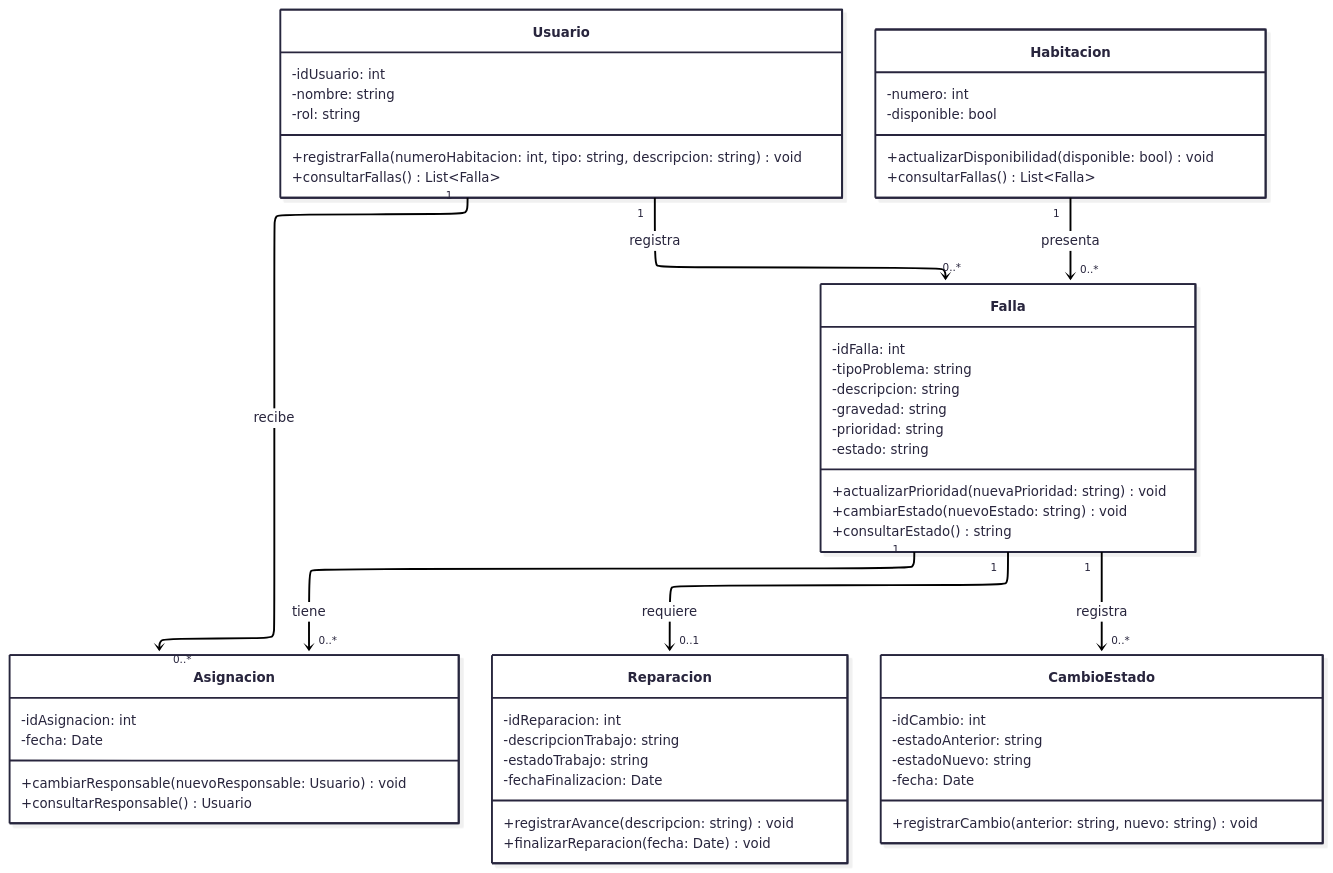
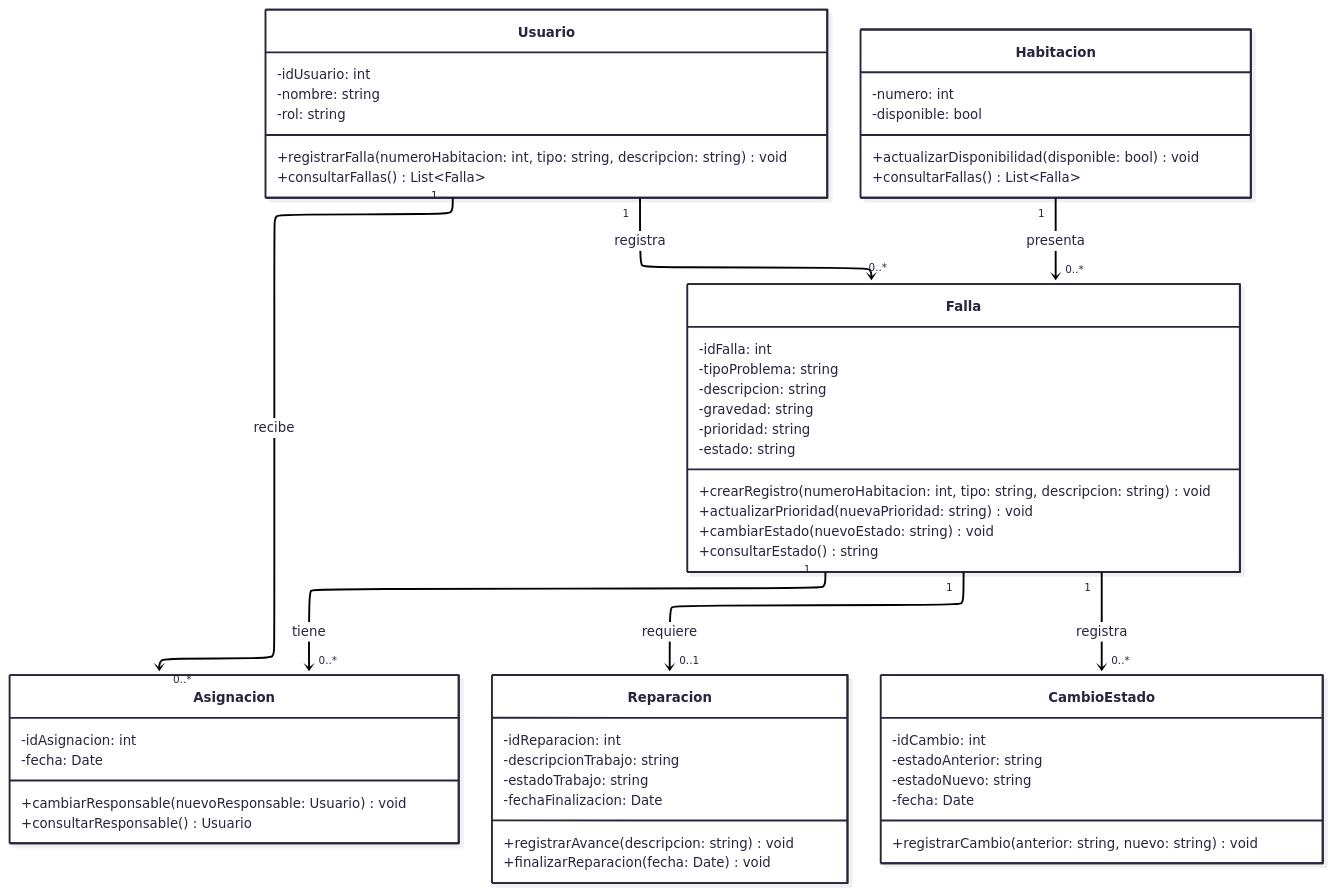
Before and after one commit to sebmayorga/Ingenier-a-de-Software: the diagram in doc/arch/Diagrama de Clases.mmd, drawn with Mermaid.

Commit message:
Alinear operación de creación de Falla con secuencia

```diff
--- a/doc/arch/Diagrama de Clases.mmd
+++ b/doc/arch/Diagrama de Clases.mmd
@@ -1,67 +1,68 @@
 ---
 config:
   theme: redux-color
   layout: elk
   class:
     hideEmptyMembersBox: true
   look: neo
 ---
 classDiagram
 direction TB
     class Usuario {
 	    -idUsuario: int
 	    -nombre: string
 	    -rol: string
 	    +registrarFalla(numeroHabitacion: int, tipo: string, descripcion: string) void
 	    +consultarFallas() List~Falla~
     }
 
     class Habitacion {
 	    -numero: int
 	    -disponible: bool
 	    +actualizarDisponibilidad(disponible: bool) void
 	    +consultarFallas() List~Falla~
     }
 
     class Falla {
+        +crearRegistro(numeroHabitacion: int, tipo: string, descripcion: string) void
 	    -idFalla: int
 	    -tipoProblema: string
 	    -descripcion: string
 	    -gravedad: string
 	    -prioridad: string
 	    -estado: string
 	    +actualizarPrioridad(nuevaPrioridad: string) void
 	    +cambiarEstado(nuevoEstado: string) void
 	    +consultarEstado() string
     }
 
     class Asignacion {
 	    -idAsignacion: int
 	    -fecha: Date
 	    +cambiarResponsable(nuevoResponsable: Usuario) void
 	    +consultarResponsable() Usuario
     }
 
     class Reparacion {
 	    -idReparacion: int
 	    -descripcionTrabajo: string
 	    -estadoTrabajo: string
 	    -fechaFinalizacion: Date
 	    +registrarAvance(descripcion: string) void
 	    +finalizarReparacion(fecha: Date) void
     }
 
     class CambioEstado {
 	    -idCambio: int
 	    -estadoAnterior: string
 	    -estadoNuevo: string
 	    -fecha: Date
 	    +registrarCambio(anterior: string, nuevo: string) void
     }
 
     Usuario "1" --> "0..*" Falla : registra
     Habitacion "1" --> "0..*" Falla : presenta
     Falla "1" --> "0..*" Asignacion : tiene
     Usuario "1" --> "0..*" Asignacion : recibe
     Falla "1" --> "0..1" Reparacion : requiere
     Falla "1" --> "0..*" CambioEstado : registra
```
